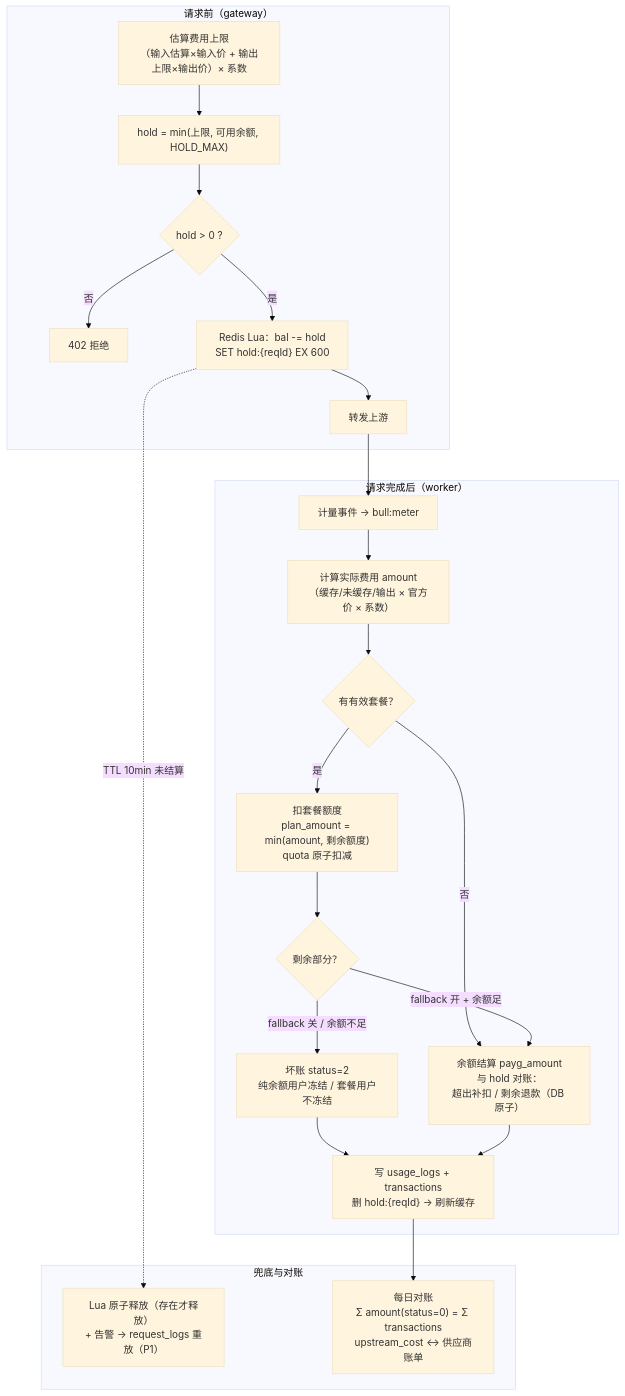
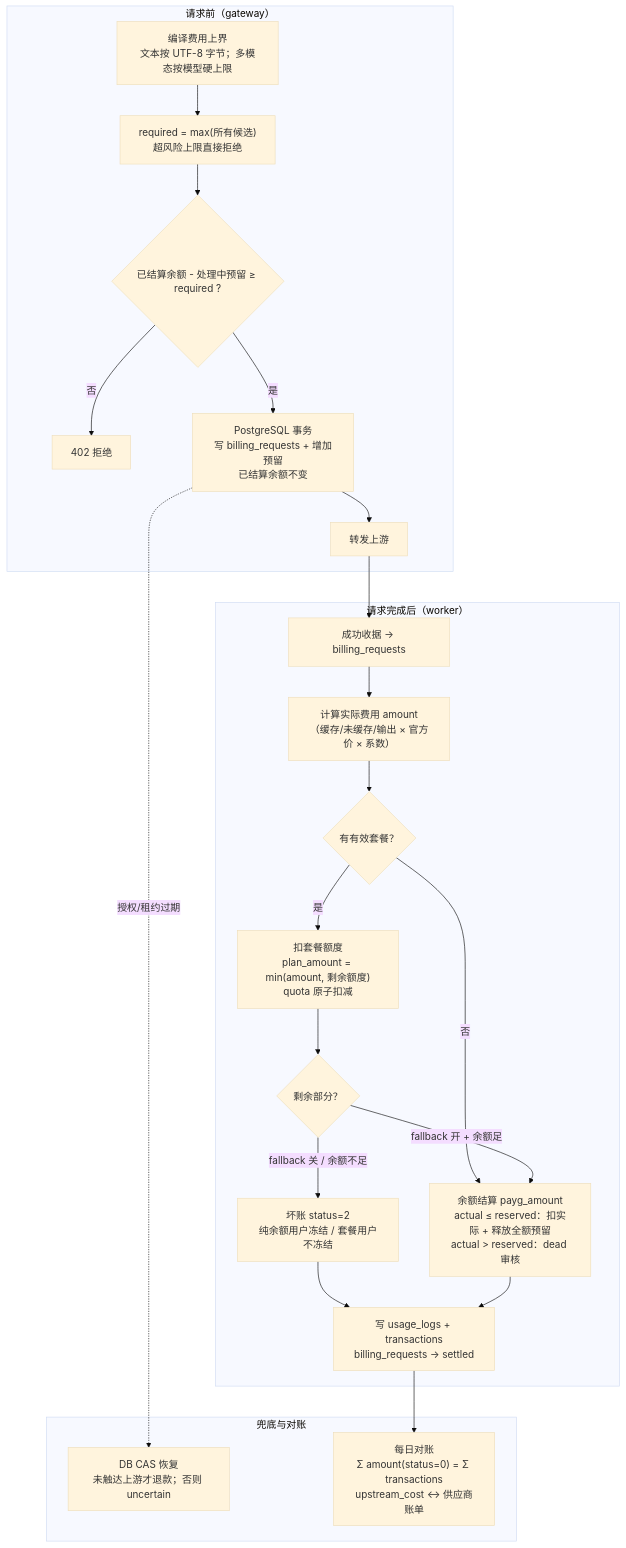
The fifth of 8 diagrams in docs/architecture.md (renxqoo/Tillgate), drawn with Mermaid (base theme) before and after one commit. The commit also changed other lines of this file and 401 other files, not shown here.

Commit message:
refactor: harden gateway billing architecture

````diff
--- a/docs/architecture.md
+++ b/docs/architecture.md
@@ -172,29 +176,29 @@
 ```mermaid
 flowchart TD
     subgraph PH1["请求前（gateway）"]
-        H1["估算费用上限<br/>（输入估算×输入价 + 输出上限×输出价）× 系数"] --> H2["hold = min(上限, 可用余额, HOLD_MAX)"]
-        H2 --> H3{"hold > 0 ?"}
+        H1["编译费用上界<br/>文本按 UTF-8 字节；多模态按模型硬上限"] --> H2["required = max(所有候选)<br/>超风险上限直接拒绝"]
+        H2 --> H3{"已结算余额 - 处理中预留 ≥ required ?"}
         H3 -->|"否"| H4["402 拒绝"]
-        H3 -->|"是"| H5["Redis Lua：bal -= hold<br/>SET hold:{reqId} EX 600"]
+        H3 -->|"是"| H5["PostgreSQL 事务<br/>写 billing_requests + 增加预留<br/>已结算余额不变"]
         H5 --> F["转发上游"]
     end
 
     subgraph PH2["请求完成后（worker）"]
-        F --> M["计量事件 → bull:meter"]
+        F --> M["成功收据 → billing_requests"]
         M --> S1["计算实际费用 amount<br/>（缓存/未缓存/输出 × 官方价 × 系数）"]
         S1 --> S2{"有有效套餐？"}
         S2 -->|"是"| S3["扣套餐额度<br/>plan_amount = min(amount, 剩余额度)<br/>quota 原子扣减"]
         S2 -->|"否"| S5
         S3 --> S4{"剩余部分？"}
         S4 -->|"fallback 开 + 余额足"| S5
         S4 -->|"fallback 关 / 余额不足"| S6["坏账 status=2<br/>纯余额用户冻结 / 套餐用户不冻结"]
-        S5["余额结算 payg_amount<br/>与 hold 对账：<br/>超出补扣 / 剩余退款（DB 原子）"]
+        S5["余额结算 payg_amount<br/>actual ≤ reserved：扣实际 + 释放全额预留<br/>actual > reserved：dead 审核"]
         S6 --> S7
-        S5 --> S7["写 usage_logs + transactions<br/>删 hold:{reqId} → 刷新缓存"]
+        S5 --> S7["写 usage_logs + transactions<br/>billing_requests → settled"]
     end
 
     subgraph PH3["兜底与对账"]
-        H5 -.->|"TTL 10min 未结算"| T1["Lua 原子释放（存在才释放）<br/>+ 告警 → request_logs 重放（P1）"]
+        H5 -.->|"授权/租约过期"| T1["DB CAS 恢复<br/>未触达上游才退款；否则 uncertain"]
         S7 --> T2["每日对账<br/>Σ amount(status=0) = Σ transactions<br/>upstream_cost ↔ 供应商账单"]
     end
 ```
````
